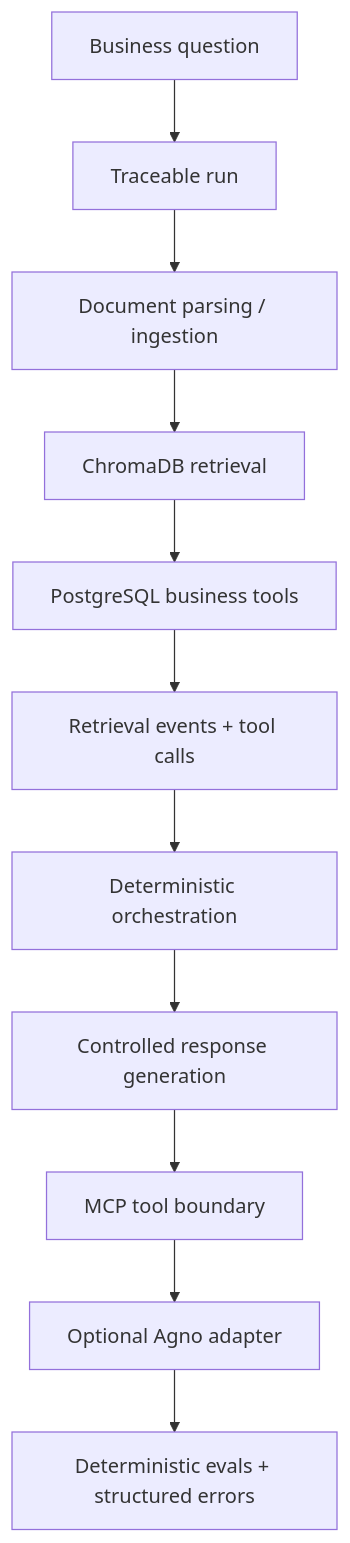
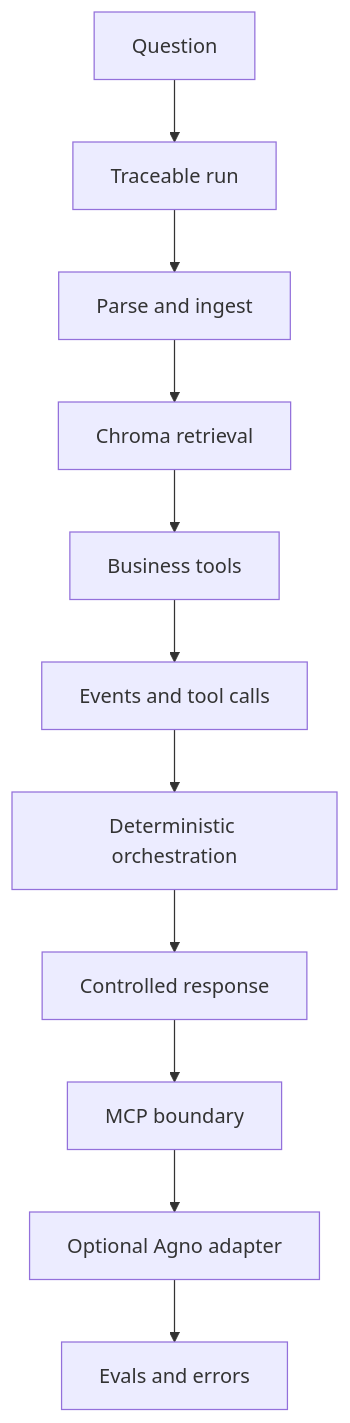
Before and after one commit to signal-layer-labs/signal-layer-agentic-rag-workbench: the diagram in README.md, drawn with Mermaid. The commit also changed other lines of this file and 3 other files, not shown here.

````diff
--- a/README.md
+++ b/README.md
@@ -69,25 +68,13 @@
 ```mermaid
 flowchart TD
-    A[Business question]
-    B[Traceable run]
-    C[Document parsing / ingestion]
-    D[ChromaDB retrieval]
-    E[PostgreSQL business tools]
-    F[Retrieval events + tool calls]
-    G[Deterministic orchestration]
-    H[Controlled response generation]
-    I[MCP tool boundary]
-    J[Optional Agno adapter]
-    K[Deterministic evals + structured errors]
-
-    A --> B
-    B --> C
-    C --> D
-    D --> E
-    E --> F
-    F --> G
-    G --> H
-    H --> I
-    I --> J
-    J --> K
+    A[Question] --> B[Traceable run]
+    B --> C[Parse and ingest]
+    C --> D[Chroma retrieval]
+    D --> E[Business tools]
+    E --> F[Events and tool calls]
+    F --> G[Deterministic orchestration]
+    G --> H[Controlled response]
+    H --> I[MCP boundary]
+    I --> J[Optional Agno adapter]
+    J --> K[Evals and errors]
 ```
````
